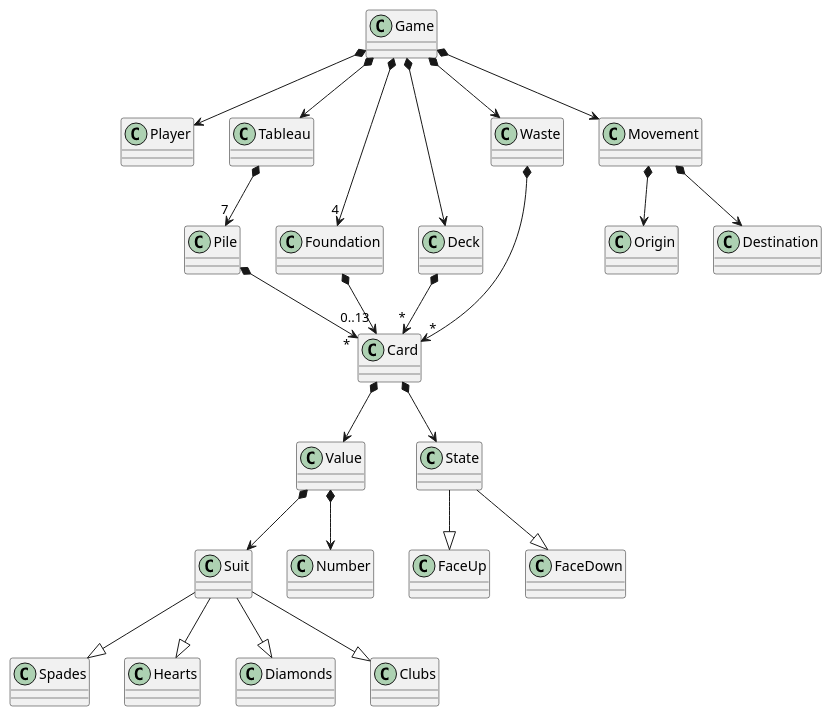
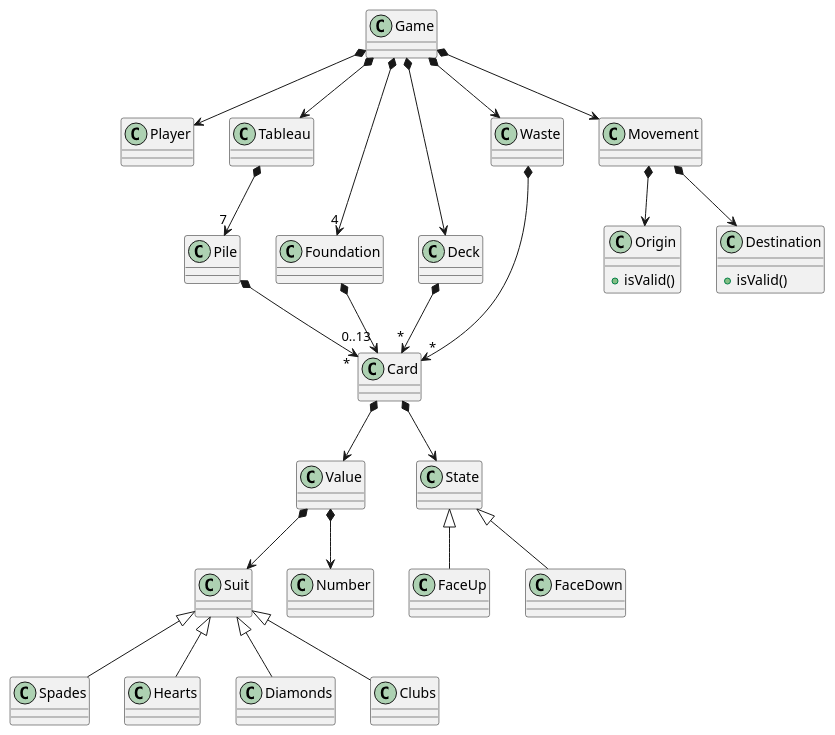
One commit to Troteaga/klondike changed the diagram in docs/DomainModel.plantuml. Above: the diagram before and after it, drawn with PlantUML.

Commit message:
Fix heritage relationship

```diff
--- a/docs/DomainModel.plantuml
+++ b/docs/DomainModel.plantuml
@@ -1,33 +1,41 @@
 @startuml Domain Model
 
 Game *--> Player
 Game *--> Tableau
 Game *--> "4" Foundation
 Game *--> Deck
 Game *--> Waste
 Game *--> Movement
 
 Movement *--> Origin
 Movement *--> Destination
 
 Foundation *--> "0..13" Card
 Tableau *--> "7" Pile
 Pile *-->"*" Card
 Deck *-->"*" Card
 Waste *-->"*" Card
 
 Card *--> Value
 Card *--> State
 
-State --|> FaceUp
-State --|> FaceDown
+State <|-- FaceUp
+State <|-- FaceDown
 
 Value *--> Suit
 Value *--> Number
 
-Suit --|> Spades
-Suit --|> Hearts
-Suit --|> Diamonds
-Suit --|> Clubs
+Suit <|-- Spades
+Suit <|-- Hearts
+Suit <|-- Diamonds
+Suit <|-- Clubs
+
+class Origin {
+    +isValid()
+}
+
+class Destination {
+    +isValid()
+}
 
 @enduml
```
